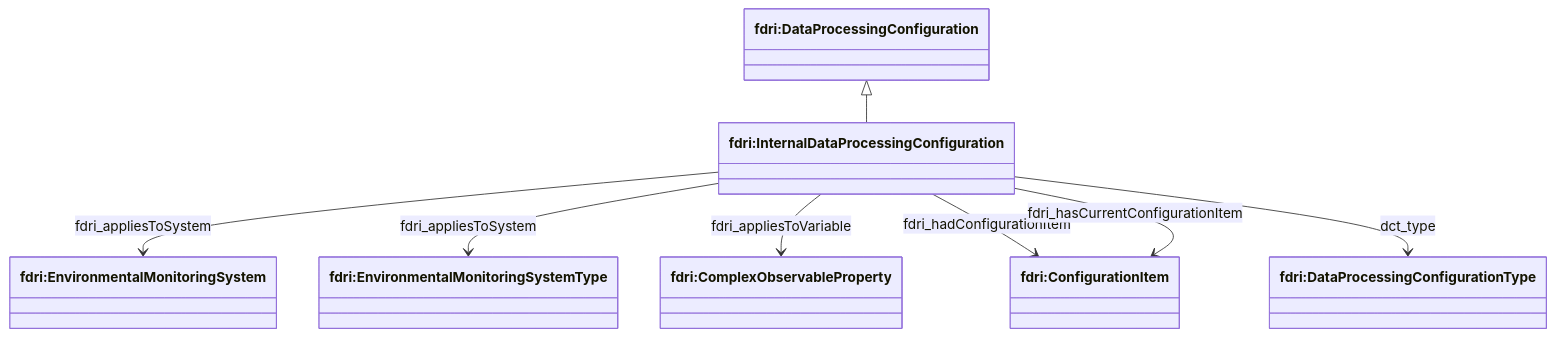
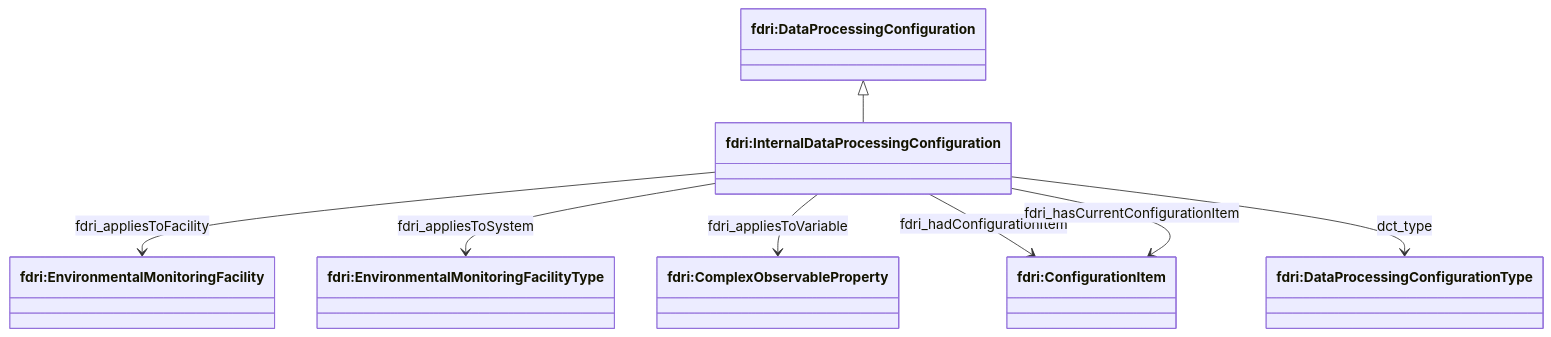
One commit to NERC-CEH/fdri-ontology changed the second of 4 diagrams in ontology/doc/data-processing-configurations.md. Above: the diagram before and after it, drawn with Mermaid. The commit also changed other lines of this file and 4 other files, not shown here.

Commit message:
Update scope of Fault and InternalDataProcessingConfiguration * Update both classes to apply to an EnvironmentalMonitoringFacility rather than an EMSystem. * Update fault sample data to use dct:description rather than rdfs:comment for the fault detail.

````diff
--- a/ontology/doc/data-processing-configurations.md
+++ b/ontology/doc/data-processing-configurations.md
@@ -31,19 +31,19 @@
 ```mermaid
 classDiagram
   class Plan["fdri:DataProcessingConfiguration"]
   class DPConfig["fdri:InternalDataProcessingConfiguration"]
   class COP["fdri:ComplexObservableProperty"]
-  class EnvironmentalMonitoringSystemType["fdri:EnvironmentalMonitoringSystemType"]
-  class EnvironmentalMonitoringSystem["fdri:EnvironmentalMonitoringSystem"]
+  class EMFType["fdri:EnvironmentalMonitoringFacilityType"]
+  class EMF["fdri:EnvironmentalMonitoringFacility"]
   class ConfigurationItem["fdri:ConfigurationItem"]
   class DataProcessingConfigurationType["fdri:DataProcessingConfigurationType"]
 
   Plan <|-- DPConfig
   
-  DPConfig --> EnvironmentalMonitoringSystem: fdri_appliesToSystem
-  DPConfig --> EnvironmentalMonitoringSystemType: fdri_appliesToSystem
+  DPConfig --> EMF: fdri_appliesToFacility
+  DPConfig --> EMFType: fdri_appliesToSystem
   DPConfig --> COP: fdri_appliesToVariable
   DPConfig --> ConfigurationItem: fdri_hadConfigurationItem
   DPConfig --> ConfigurationItem: fdri_hasCurrentConfigurationItem
   DPConfig --> DataProcessingConfigurationType: dct_type
 ```
````
